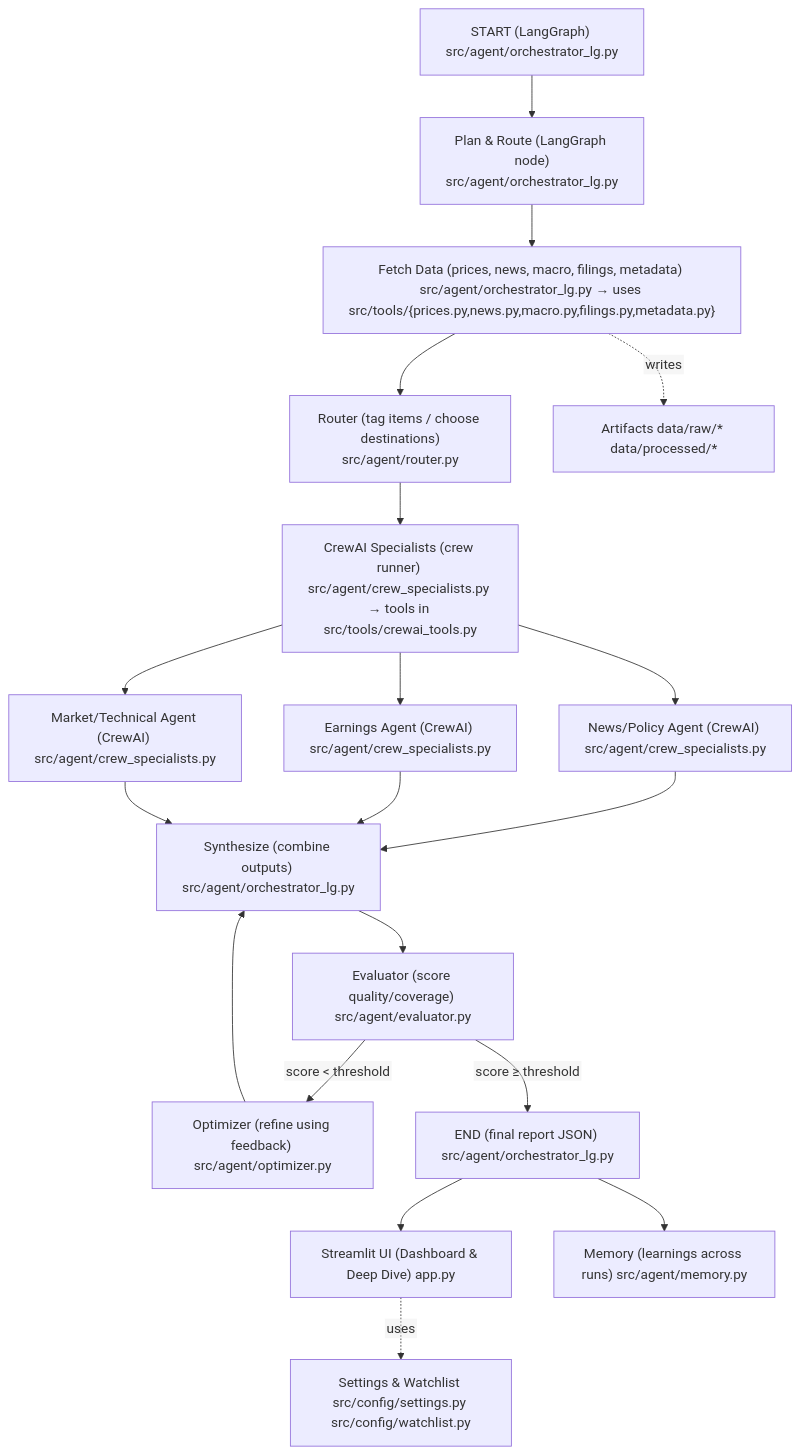
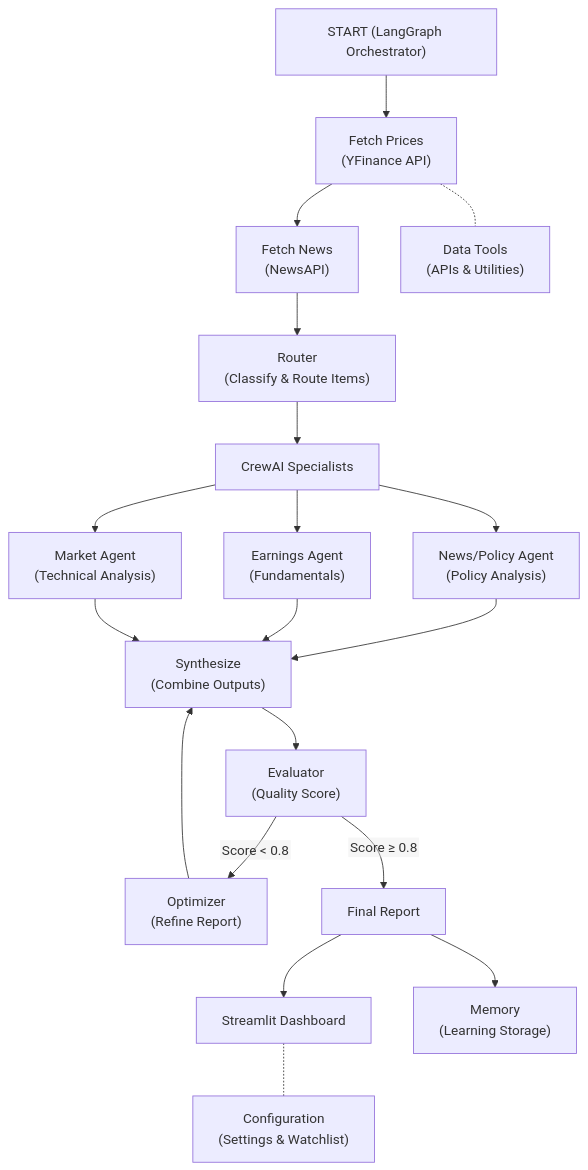
One commit to aaiprojects/renewable-energy-financial-analyst changed the diagram in docs/architecture.md. Above: the diagram before and after it, drawn with Mermaid. The commit also changed other lines of this file and 2 other files, not shown here.

Commit message:
Updated doc and metadata tool

````diff
--- a/docs/architecture.md
+++ b/docs/architecture.md
@@ -4,34 +16,30 @@
 ```mermaid
 %%{init: {'flowchart': {'htmlLabels': false}}}%%
 graph TD;
-    START["START (LangGraph) src/agent/orchestrator_lg.py"] 
-      --> PLAN["Plan & Route (LangGraph node)\nsrc/agent/orchestrator_lg.py"];
+    START["START (LangGraph Orchestrator)"] 
+      --> FETCH_PRICES["Fetch Prices<br/>(YFinance API)"];
+    
+    FETCH_PRICES --> FETCH_NEWS["Fetch News<br/>(NewsAPI)"];
+    FETCH_NEWS --> ROUTE["Router<br/>(Classify & Route Items)"];
 
-    PLAN --> FETCH["Fetch Data (prices, news, macro, filings, metadata) src/agent/orchestrator_lg.py → uses src/tools/{prices.py,news.py,macro.py,filings.py,metadata.py}"];
-    FETCH --> ROUTE["Router (tag items / choose destinations)\nsrc/agent/router.py"];
+    ROUTE --> SPECIALISTS["CrewAI Specialists"];
+    SPECIALISTS --> NEWS_AGENT["News/Policy Agent<br/>(Policy Analysis)"];
+    SPECIALISTS --> EARNINGS_AGENT["Earnings Agent<br/>(Fundamentals)"];
+    SPECIALISTS --> MARKET_AGENT["Market Agent<br/>(Technical Analysis)"];
 
-    ROUTE --> SPECIALISTS["CrewAI Specialists (crew runner) src/agent/crew_specialists.py → tools in src/tools/crewai_tools.py"];
-    SPECIALISTS --> NEWS["News/Policy Agent (CrewAI) src/agent/crew_specialists.py"];
-    SPECIALISTS --> EARN["Earnings Agent (CrewAI) src/agent/crew_specialists.py"];
-    SPECIALISTS --> MKT["Market/Technical Agent (CrewAI) src/agent/crew_specialists.py"];
+    NEWS_AGENT --> SYNTHESIZE["Synthesize<br/>(Combine Outputs)"];
+    EARNINGS_AGENT --> SYNTHESIZE;
+    MARKET_AGENT --> SYNTHESIZE;
 
-    NEWS --> SYN["Synthesize (combine outputs) src/agent/orchestrator_lg.py"];
-    EARN --> SYN;
-    MKT  --> SYN;
+    SYNTHESIZE --> EVALUATE["Evaluator<br/>(Quality Score)"];
+    EVALUATE -->|Score < 0.8| OPTIMIZE["Optimizer<br/>(Refine Report)"];
+    OPTIMIZE --> SYNTHESIZE;
 
-    SYN --> EVAL["Evaluator (score quality/coverage) src/agent/evaluator.py"];
-    EVAL -->|score < threshold| OPT["Optimizer (refine using feedback) src/agent/optimizer.py"];
-    OPT --> SYN;
+    EVALUATE -->|Score ≥ 0.8| FINAL_REPORT["Final Report"];
+    FINAL_REPORT --> UI["Streamlit Dashboard"];
+    FINAL_REPORT --> MEMORY["Memory<br/>(Learning Storage)"];
 
-    EVAL -->|score ≥ threshold| END["END (final report JSON) src/agent/orchestrator_lg.py"];
-
-    END --> UI["Streamlit UI (Dashboard & Deep Dive) app.py"];
-    END --> MEM["Memory (learnings across runs) src/agent/memory.py"];
-
-    %% Supporting config and data (not nodes, but used by the flow)
-    UI -. uses .-> CFG["Settings & Watchlist src/config/settings.py src/config/watchlist.py"];
-    FETCH -. writes .-> DATA["Artifacts data/raw/* data/processed/*"];
-
-
-
+    %% Supporting Systems
+    UI -.- CONFIG["Configuration<br/>(Settings & Watchlist)"];
+    FETCH_PRICES -.- TOOLS["Data Tools<br/>(APIs & Utilities)"];
 ```
````
